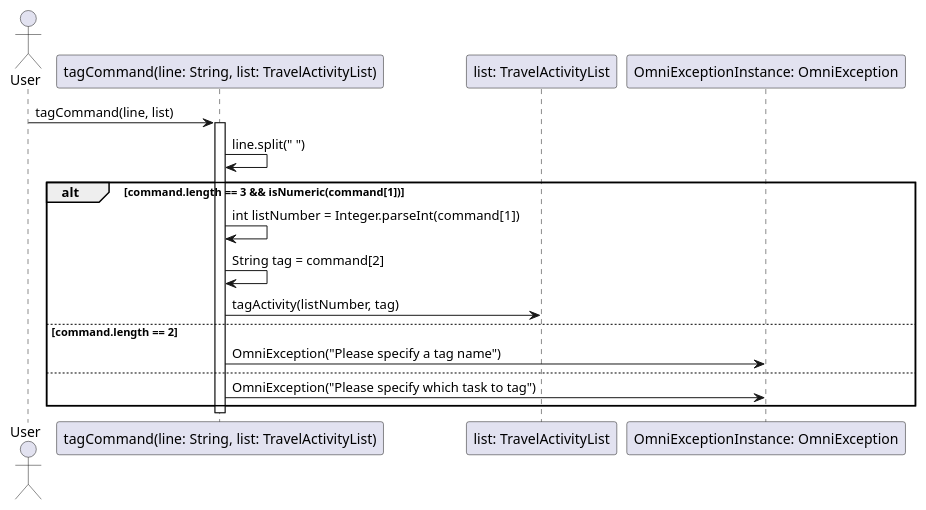
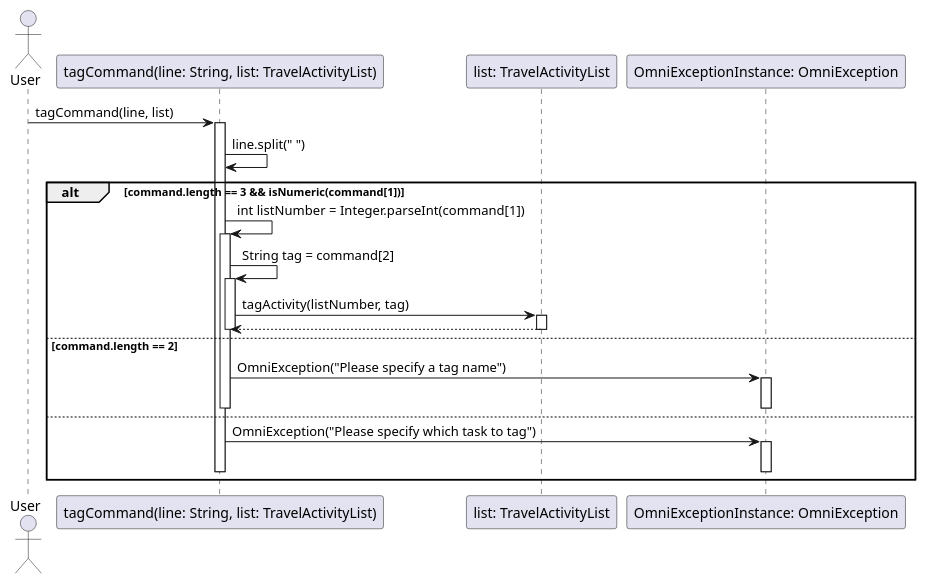
Before and after one commit to annnniexu/tp: the diagram in docs/plantUML diagrams/TagSequenceDiagram.puml, drawn with PlantUML.

Commit message:
update sequence diagram

```diff
--- a/docs/plantUML diagrams/TagSequenceDiagram.puml
+++ b/docs/plantUML diagrams/TagSequenceDiagram.puml
@@ -1,25 +1,39 @@
 @startuml
 'https://plantuml.com/sequence-diagram
 
 actor User
 
 participant "tagCommand(line: String, list: TravelActivityList)" as tagCommandMethod
 participant "list: TravelActivityList" as TravelActivityListInstance
 participant "OmniExceptionInstance: OmniException" as OmniExceptionInstance
 
 User -> tagCommandMethod: tagCommand(line, list)
 activate tagCommandMethod
 
 tagCommandMethod -> tagCommandMethod: line.split(" ")
+
 alt command.length == 3 && isNumeric(command[1])
     tagCommandMethod -> tagCommandMethod: int listNumber = Integer.parseInt(command[1])
+    activate tagCommandMethod
+
     tagCommandMethod -> tagCommandMethod: String tag = command[2]
+    activate tagCommandMethod
     tagCommandMethod -> TravelActivityListInstance: tagActivity(listNumber, tag)
+    activate TravelActivityListInstance 
+    TravelActivityListInstance --> tagCommandMethod:
+    deactivate TravelActivityListInstance
+    deactivate tagCommandMethod
+
 else command.length == 2
     tagCommandMethod -> OmniExceptionInstance: OmniException("Please specify a tag name")
+    activate OmniExceptionInstance
+    deactivate OmniExceptionInstance
+    deactivate tagCommandMethod
+
 else
     tagCommandMethod -> OmniExceptionInstance: OmniException("Please specify which task to tag")
+    activate OmniExceptionInstance
+    deactivate OmniExceptionInstance
+    deactivate tagCommandMethod
 end
-
-deactivate tagCommandMethod
 @enduml
```
